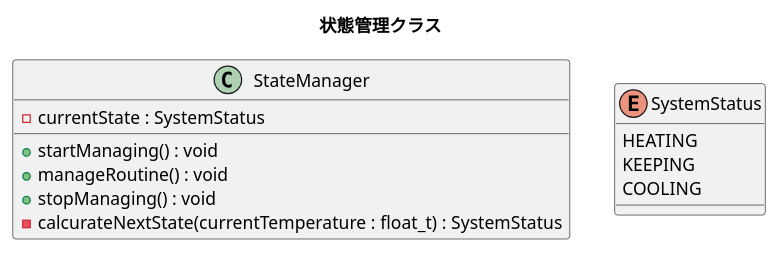
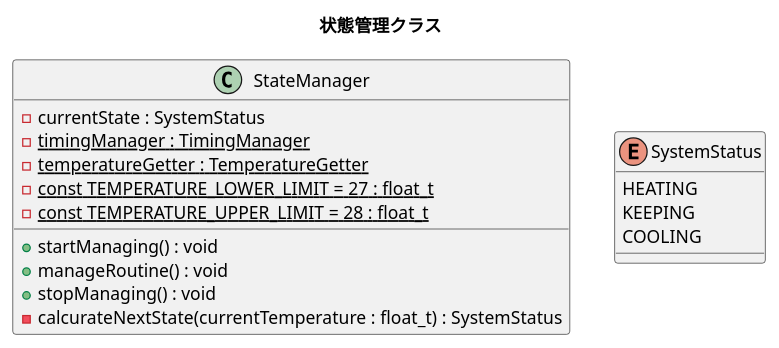
Before and after one commit to goheisystem/softwareDocuments: the diagram in UML/class/statemanager.plantuml, drawn with PlantUML.

Commit message:
閾値追加

```diff
--- a/UML/class/statemanager.plantuml
+++ b/UML/class/statemanager.plantuml
@@ -1,16 +1,20 @@
 @startuml
 title 状態管理クラス
 
 class "StateManager" as ClassStateManager{
   -currentState : SystemStatus
+  -{static}timingManager : TimingManager
+  -{static}temperatureGetter : TemperatureGetter
+  -{static}const TEMPERATURE_LOWER_LIMIT = 27 : float_t
+  -{static}const TEMPERATURE_UPPER_LIMIT = 28 : float_t
   +startManaging() : void
   +manageRoutine() : void
   +stopManaging() : void
   -calcurateNextState(currentTemperature : float_t) : SystemStatus
 }
 enum "SystemStatus" as EnumSystemStatus{
   HEATING
   KEEPING
   COOLING
 }
 @enduml
```
